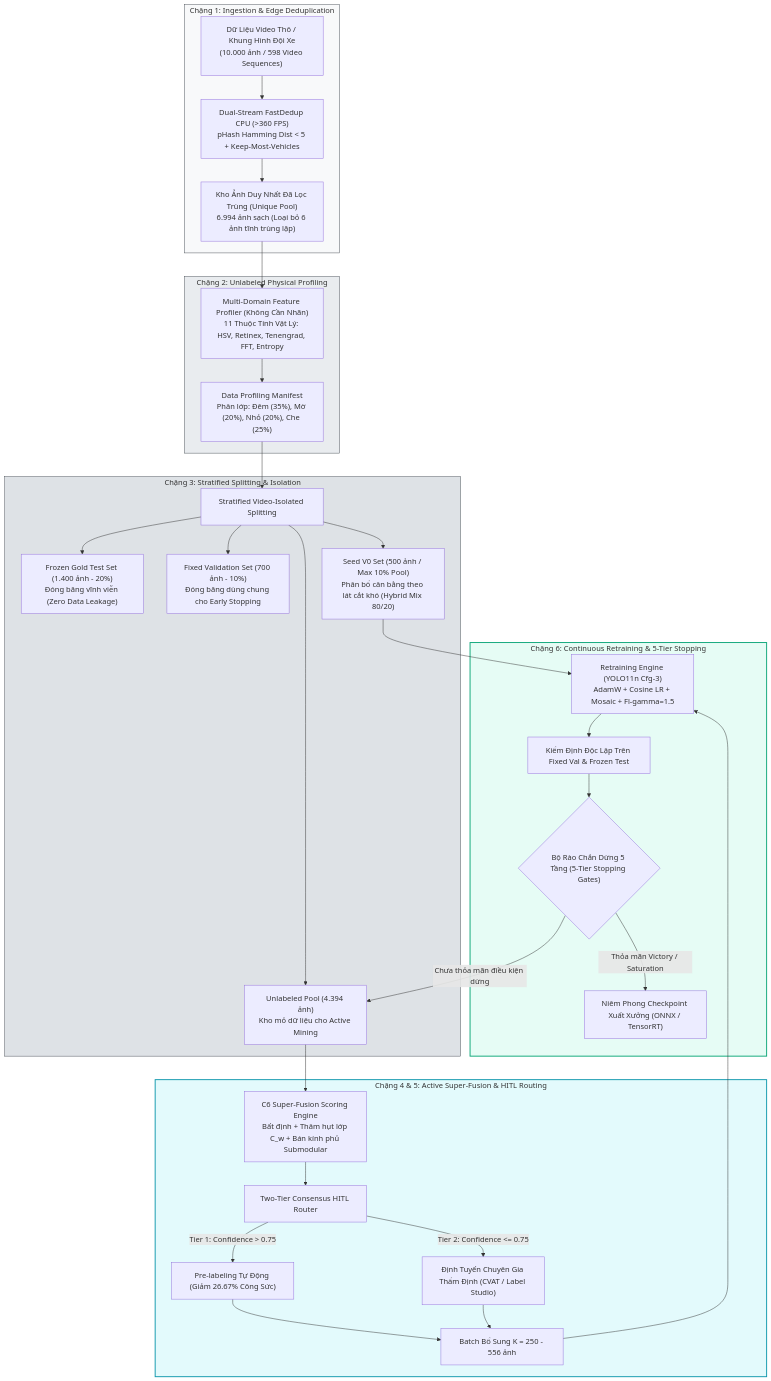
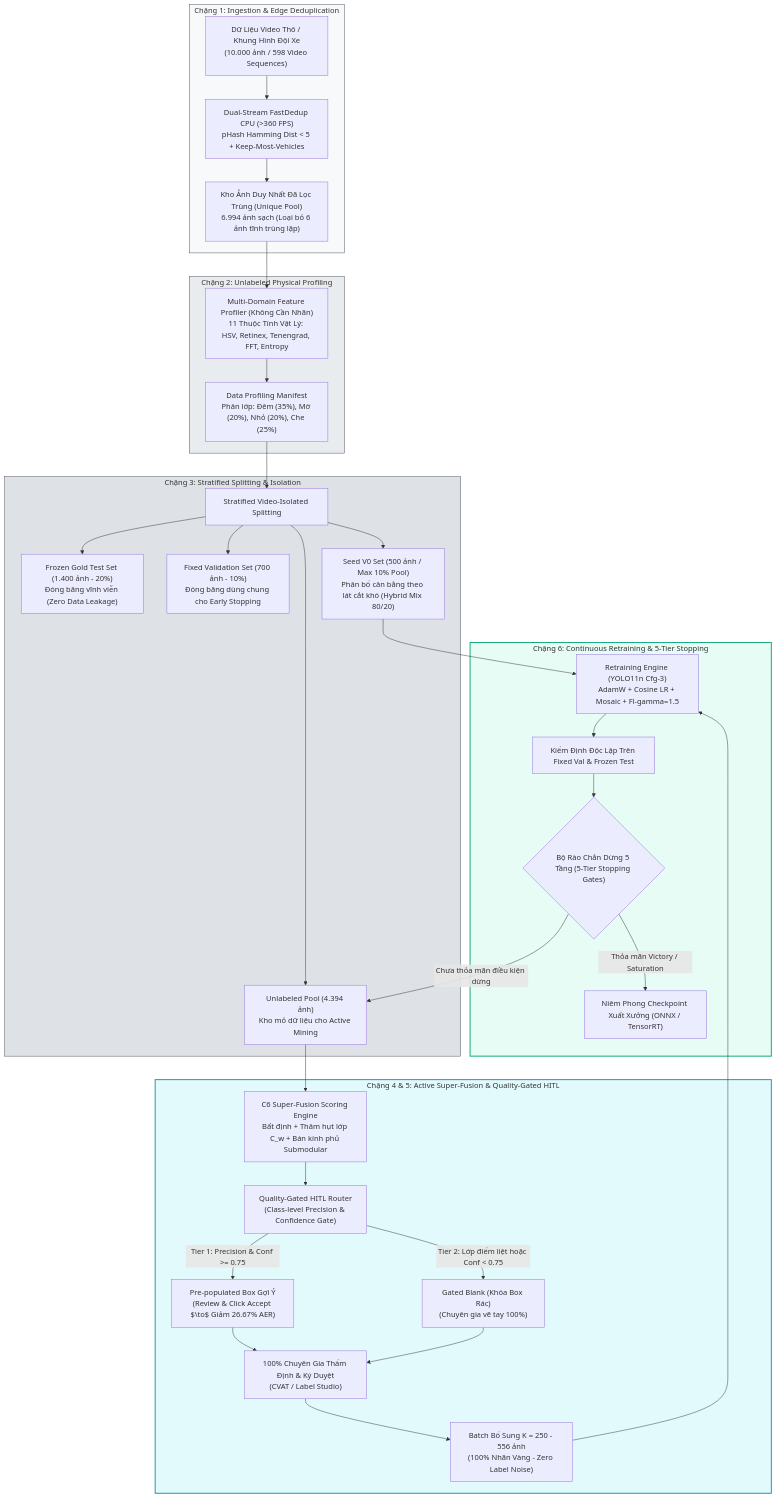
The first of 2 diagrams in docs/02_SYSTEM_ARCHITECTURE_AND_DATA_FLOW.md (nguyenhuynhdt37/autonomous-driving-active-learning-lab), drawn with Mermaid before and after one commit. The commit also changed other lines of this file and 8 other files, not shown here.

Commit message:
docs: synchronize continuous active loop diagrams and quality-gated hitl policy across all markdown files

````diff
--- a/docs/02_SYSTEM_ARCHITECTURE_AND_DATA_FLOW.md
+++ b/docs/02_SYSTEM_ARCHITECTURE_AND_DATA_FLOW.md
@@ -14,43 +14,44 @@
 ```mermaid
 flowchart TB
     subgraph S1["Chặng 1: Ingestion & Edge Deduplication"]
         RAW["Dữ Liệu Video Thô / Khung Hình Đội Xe<br/>(10.000 ảnh / 598 Video Sequences)"] --> DEDUP["Dual-Stream FastDedup CPU (>360 FPS)<br/>pHash Hamming Dist < 5 + Keep-Most-Vehicles"]
         DEDUP --> UNIQ["Kho Ảnh Duy Nhất Đã Lọc Trùng (Unique Pool)<br/>6.994 ảnh sạch (Loại bỏ 6 ảnh tĩnh trùng lặp)"]
     end
 
     subgraph S2["Chặng 2: Unlabeled Physical Profiling"]
         UNIQ --> PROF["Multi-Domain Feature Profiler (Không Cần Nhãn)<br/>11 Thuộc Tính Vật Lý: HSV, Retinex, Tenengrad, FFT, Entropy"]
         PROF --> MANIFEST["Data Profiling Manifest<br/>Phân lớp: Đêm (35%), Mờ (20%), Nhỏ (20%), Che (25%)"]
     end
 
     subgraph S3["Chặng 3: Stratified Splitting & Isolation"]
         MANIFEST --> SPLIT["Stratified Video-Isolated Splitting"]
         SPLIT --> TEST["Frozen Gold Test Set (1.400 ảnh - 20%)<br/>Đóng băng vĩnh viễn (Zero Data Leakage)"]
         SPLIT --> VAL["Fixed Validation Set (700 ảnh - 10%)<br/>Đóng băng dùng chung cho Early Stopping"]
         SPLIT --> SEED["Seed V0 Set (500 ảnh / Max 10% Pool)<br/>Phân bổ cân bằng theo lát cắt khó (Hybrid Mix 80/20)"]
         SPLIT --> POOL["Unlabeled Pool (4.394 ảnh)<br/>Kho mỏ dữ liệu cho Active Mining"]
     end
 
-    subgraph S4["Chặng 4 & 5: Active Super-Fusion & HITL Routing"]
+    subgraph S4["Chặng 4 & 5: Active Super-Fusion & Quality-Gated HITL"]
         POOL --> MINING["C6 Super-Fusion Scoring Engine<br/>Bất định + Thâm hụt lớp C_w + Bán kính phủ Submodular"]
-        MINING --> ROUTER["Two-Tier Consensus HITL Router"]
-        ROUTER -->|Tier 1: Confidence > 0.75| AUTO_ANN["Pre-labeling Tự Động (Giảm 26.67% Công Sức)"]
-        ROUTER -->|Tier 2: Confidence <= 0.75| HUMAN_ANN["Định Tuyến Chuyên Gia Thẩm Định (CVAT / Label Studio)"]
-        AUTO_ANN & HUMAN_ANN --> BATCH_K["Batch Bổ Sung K = 250 - 556 ảnh"]
+        MINING --> ROUTER["Quality-Gated HITL Router<br/>(Class-level Precision & Confidence Gate)"]
+        ROUTER -->|Tier 1: Precision & Conf >= 0.75| PRE_BOX["Pre-populated Box Gợi Ý<br/>(Review & Click Accept $\to$ Giảm 26.67% AER)"]
+        ROUTER -->|Tier 2: Lớp điểm liệt hoặc Conf < 0.75| BLANK_BOX["Gated Blank (Khóa Box Rác)<br/>(Chuyên gia vẽ tay 100%)"]
+        PRE_BOX & BLANK_BOX --> HUMAN_VERIFY["100% Chuyên Gia Thẩm Định & Ký Duyệt<br/>(CVAT / Label Studio)"]
+        HUMAN_VERIFY --> BATCH_K["Batch Bổ Sung K = 250 - 556 ảnh<br/>(100% Nhãn Vàng - Zero Label Noise)"]
     end
 
     subgraph S6["Chặng 6: Continuous Retraining & 5-Tier Stopping"]
         BATCH_K --> RETRAIN["Retraining Engine (YOLO11n Cfg-3)<br/>AdamW + Cosine LR + Mosaic + Fl-gamma=1.5"]
         SEED --> RETRAIN
         RETRAIN --> EVAL["Kiểm Định Độc Lập Trên Fixed Val & Frozen Test"]
         EVAL --> GATES{"Bộ Rào Chắn Dừng 5 Tầng (5-Tier Stopping Gates)"}
         GATES -->|Chưa thỏa mãn điều kiện dừng| POOL
         GATES -->|Thỏa mãn Victory / Saturation| DEPLOY["Niêm Phong Checkpoint Xuất Xưởng (ONNX / TensorRT)"]
     end
 
     style S1 fill:#f8f9fa,stroke:#495057,stroke-width:1px
     style S2 fill:#e9ecef,stroke:#495057,stroke-width:1px
     style S3 fill:#dee2e6,stroke:#495057,stroke-width:1px
     style S4 fill:#e3fafc,stroke:#1098ad,stroke-width:2px
     style S6 fill:#e6fcf5,stroke:#0ca678,stroke-width:2px
 ```
````
